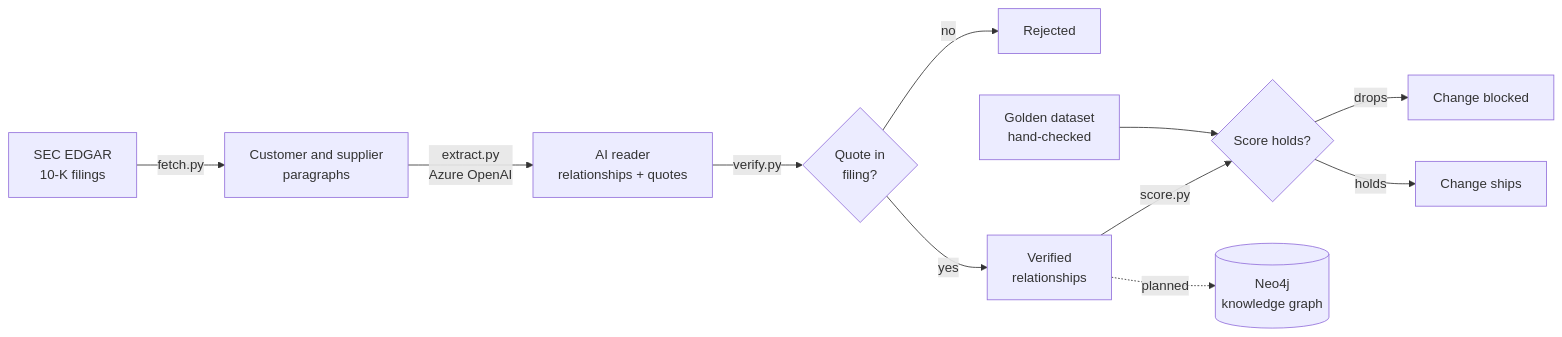
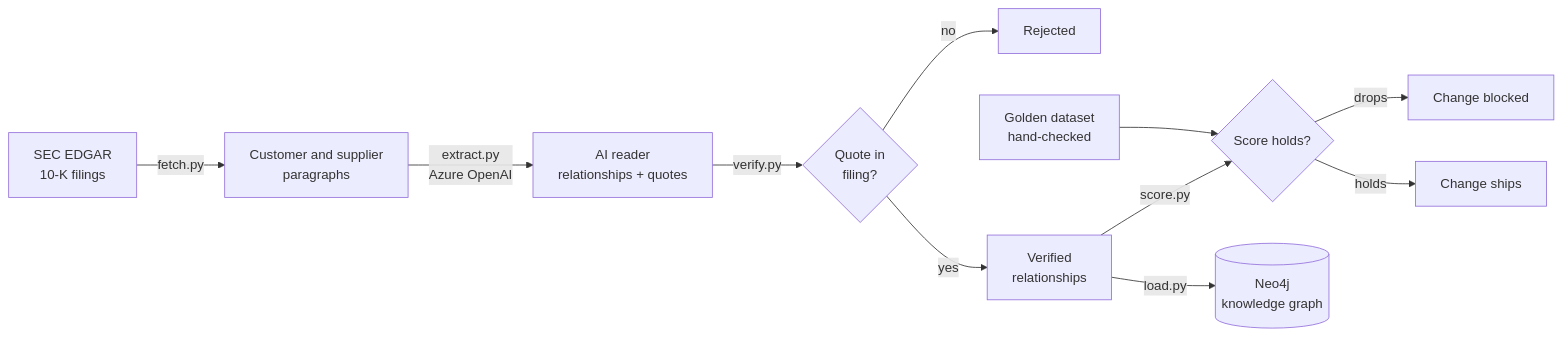
Before and after one commit to sss-3333/golden-thread: the diagram in README.md, drawn with Mermaid. The commit also changed other lines of this file and 12 other files, not shown here.

Commit message:
Update README, add graphs and add aliases for knowledge graph names

````diff
--- a/README.md
+++ b/README.md
@@ -21,13 +13,13 @@
 ```mermaid
 flowchart LR
     A[SEC EDGAR<br/>10-K filings] -->|fetch.py| B[Customer and supplier<br/>paragraphs]
     B -->|extract.py<br/>Azure OpenAI| C[AI reader<br/>relationships + quotes]
     C -->|verify.py| D{Quote in<br/>filing?}
     D -->|no| X[Rejected]
     D -->|yes| E[Verified<br/>relationships]
     G[Golden dataset<br/>hand-checked] --> F
     E -->|score.py| F{Score holds?}
     F -->|drops| Y[Change blocked]
     F -->|holds| Z[Change ships]
-    E -.->|planned| N[(Neo4j<br/>knowledge graph)]
+    E -->|load.py| N[(Neo4j<br/>knowledge graph)]
 ```
````
